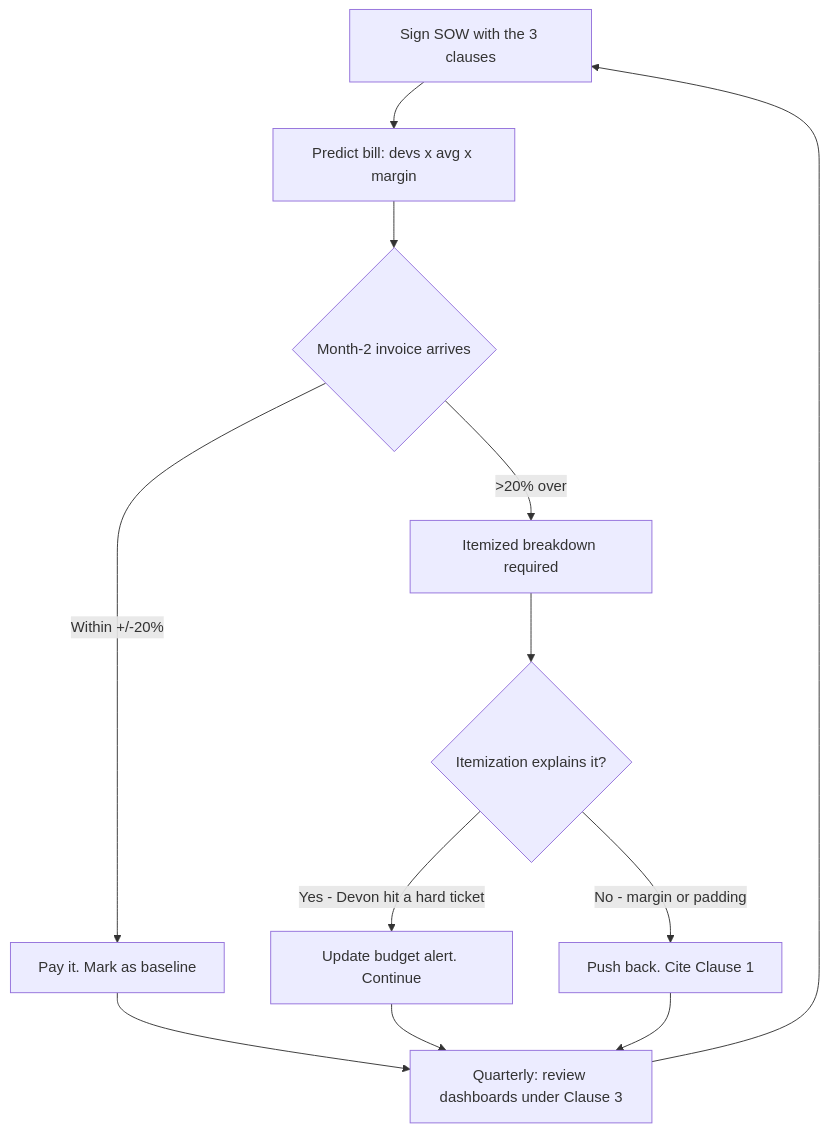
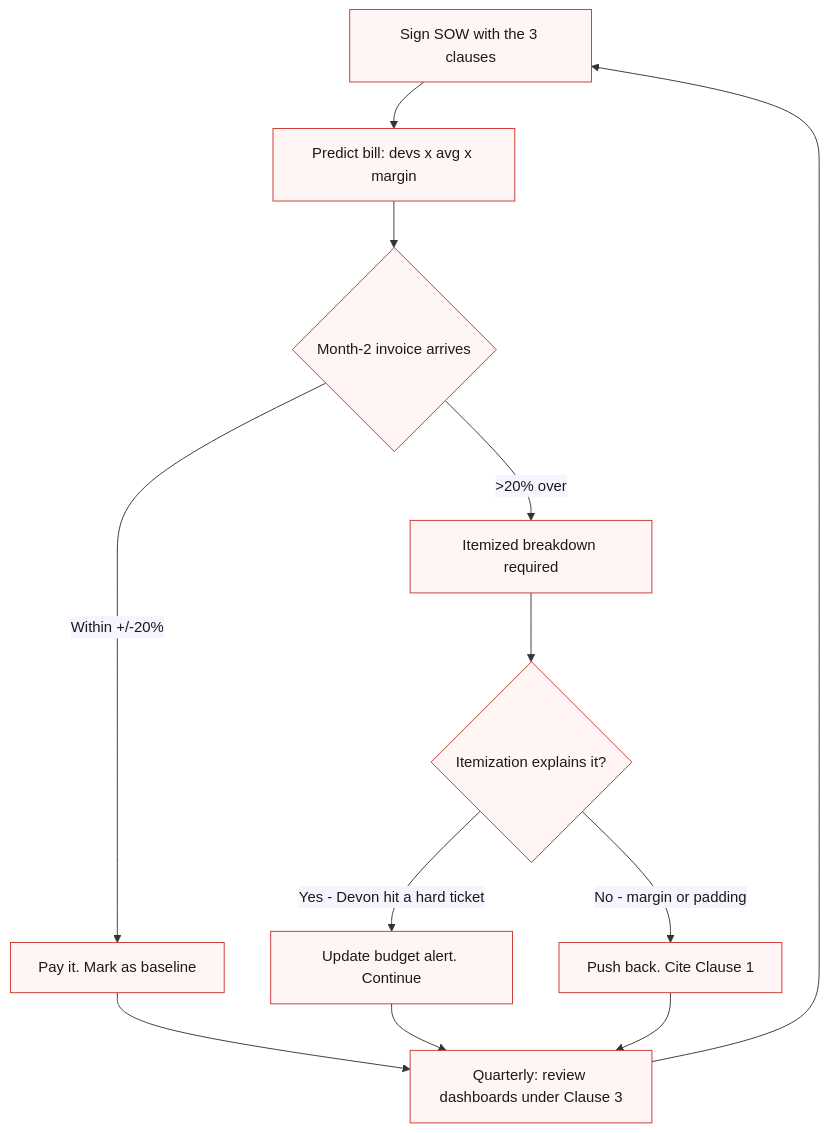
One commit to jetthoughts/jetthoughts.github.io changed the diagram in content/course/tech-for-non-technical-founders-2026/ai-token-bill-dev-shop-pass-through-cost/index.md. Above: the diagram before and after it, drawn with Mermaid. The commit also changed 25 other files, not shown here.

````diff
--- a/content/course/tech-for-non-technical-founders-2026/ai-token-bill-dev-shop-pass-through-cost/index.md
+++ b/content/course/tech-for-non-technical-founders-2026/ai-token-bill-dev-shop-pass-through-cost/index.md
@@ -116,14 +116,15 @@
 ```mermaid
+%%{init: {'theme':'base', 'themeVariables': {'fontFamily':'Caveat, Patrick Hand, cursive', 'primaryColor':'#fff5f5', 'primaryBorderColor':'#cc342d', 'lineColor':'#333', 'primaryTextColor':'#1a1a1a'}}}%%
 flowchart TD
     A[Sign SOW with the 3 clauses] --> B[Predict bill: devs x avg x margin]
     B --> C{Month-2 invoice arrives}
     C -->|Within +/-20%| D[Pay it. Mark as baseline]
     C -->|>20% over| E[Itemized breakdown required]
     E --> F{Itemization explains it?}
     F -->|Yes - Devon hit a hard ticket| G[Update budget alert. Continue]
     F -->|No - margin or padding| H[Push back. Cite Clause 1]
     D --> I[Quarterly: review dashboards under Clause 3]
     G --> I
     H --> I
     I --> A
 ```
````
